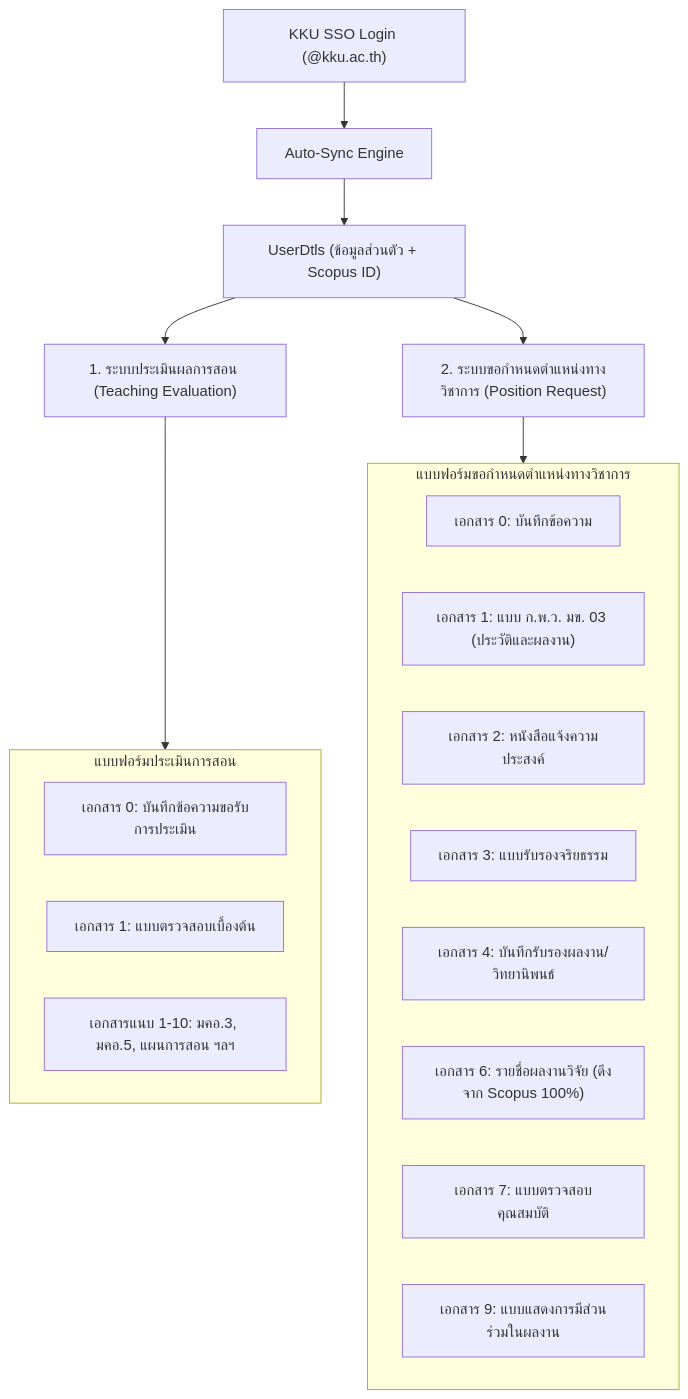
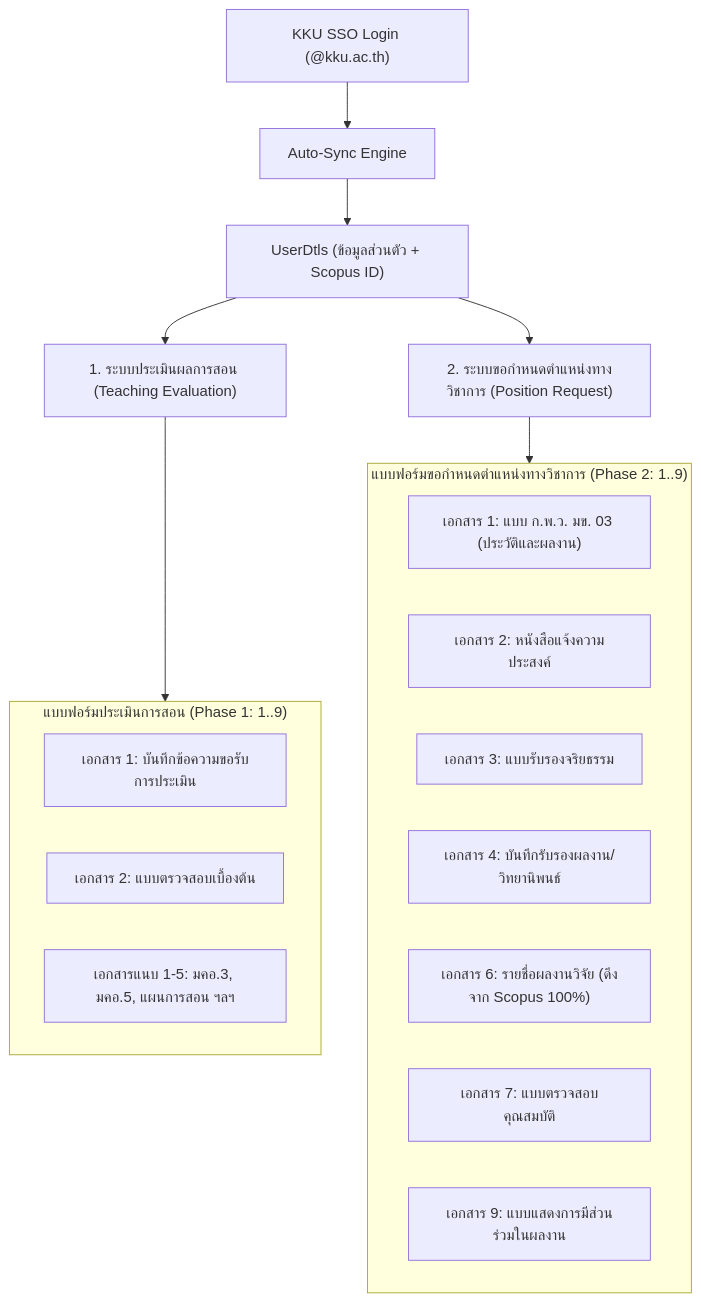
Before and after one commit to kriangkraiii/HRCP.KKU: the second of 2 diagrams in docs/api-integrations/EXTERNAL_DATA_MAPPING_ANALYSIS.md, drawn with Mermaid. The commit also changed other lines of this file and 51 other files, not shown here.

````diff
--- a/docs/api-integrations/EXTERNAL_DATA_MAPPING_ANALYSIS.md
+++ b/docs/api-integrations/EXTERNAL_DATA_MAPPING_ANALYSIS.md
@@ -48,28 +48,27 @@
 ```mermaid
 graph TD
     SSO[" KKU SSO Login (@kku.ac.th)"] --> SYNC[" Auto-Sync Engine"]
     SYNC --> PROFILE[" UserDtls (ข้อมูลส่วนตัว + Scopus ID)"]
     
     PROFILE --> S1["1. ระบบประเมินผลการสอน (Teaching Evaluation)"]
     PROFILE --> S2["2. ระบบขอกำหนดตำแหน่งทางวิชาการ (Position Request)"]
     
-    subgraph S1_DOCS["แบบฟอร์มประเมินการสอน"]
-        A_D0["เอกสาร 0: บันทึกข้อความขอรับการประเมิน"]
-        A_D1["เอกสาร 1: แบบตรวจสอบเบื้องต้น"]
-        A_ATT["เอกสารแนบ 1-10: มคอ.3, มคอ.5, แผนการสอน ฯลฯ"]
+    subgraph S1_DOCS["แบบฟอร์มประเมินการสอน (Phase 1: 1..9)"]
+        A_D1["เอกสาร 1: บันทึกข้อความขอรับการประเมิน"]
+        A_D2["เอกสาร 2: แบบตรวจสอบเบื้องต้น"]
+        A_ATT["เอกสารแนบ 1-5: มคอ.3, มคอ.5, แผนการสอน ฯลฯ"]
     end
     
-    subgraph S2_DOCS["แบบฟอร์มขอกำหนดตำแหน่งทางวิชาการ"]
-        P_D0["เอกสาร 0: บันทึกข้อความ"]
+    subgraph S2_DOCS["แบบฟอร์มขอกำหนดตำแหน่งทางวิชาการ (Phase 2: 1..9)"]
         P_D1["เอกสาร 1: แบบ ก.พ.ว. มข. 03 (ประวัติและผลงาน)"]
         P_D2["เอกสาร 2: หนังสือแจ้งความประสงค์"]
         P_D3["เอกสาร 3: แบบรับรองจริยธรรม"]
         P_D4["เอกสาร 4: บันทึกรับรองผลงาน/วิทยานิพนธ์"]
         P_D6["เอกสาร 6: รายชื่อผลงานวิจัย (ดึงจาก Scopus 100%)"]
         P_D7["เอกสาร 7: แบบตรวจสอบคุณสมบัติ"]
         P_D9["เอกสาร 9: แบบแสดงการมีส่วนร่วมในผลงาน"]
     end
     
     S1 --> S1_DOCS
     S2 --> S2_DOCS
 ```
````
